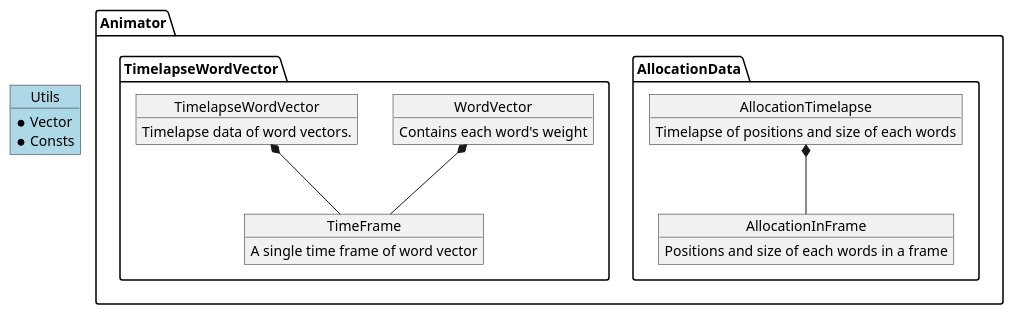
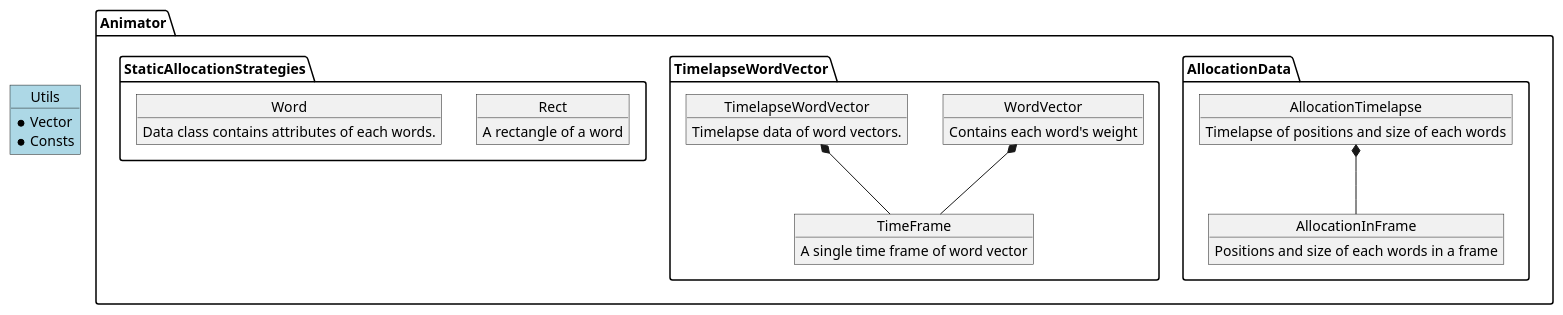
The diagram in Docs/Dependencies/Data.puml (konbraphat51/AnimatedWordCloud), drawn with PlantUML before and after one commit.

Commit message:
Add: Strategy dataclass

```diff
--- a/Docs/Dependencies/Data.puml
+++ b/Docs/Dependencies/Data.puml
@@ -1,42 +1,52 @@
 @startuml Dependency_Data
 ' Image can be obtained from
 ' https://www.plantuml.com/plantuml/uml/SyfFKj2rKt3CoKnELR1Io4ZDoSa70000
 
 ' Write all modules here
 folder Animator {
     folder AllocationData {
         object AllocationInFrame {
             Positions and size of each words in a frame
         }
 
         object AllocationTimelapse {
             Timelapse of positions and size of each words
         }
 
         AllocationTimelapse *-- AllocationInFrame
     }
 
     folder TimelapseWordVector {
         object WordVector {
             Contains each word's weight
         }
 
         object TimeFrame {
             A single time frame of word vector
         }
 
         object TimelapseWordVector {
             Timelapse data of word vectors.
         }
 
         WordVector *-- TimeFrame
         TimelapseWordVector *-- TimeFrame
     }
+
+    folder StaticAllocationStrategies {
+        object Rect {
+            A rectangle of a word
+        }
+
+        object Word {
+            Data class contains attributes of each words.
+        }
+    }
 }
 
 object Utils #LightBlue {
     * Vector
     * Consts
 }
 
 @enduml
```
